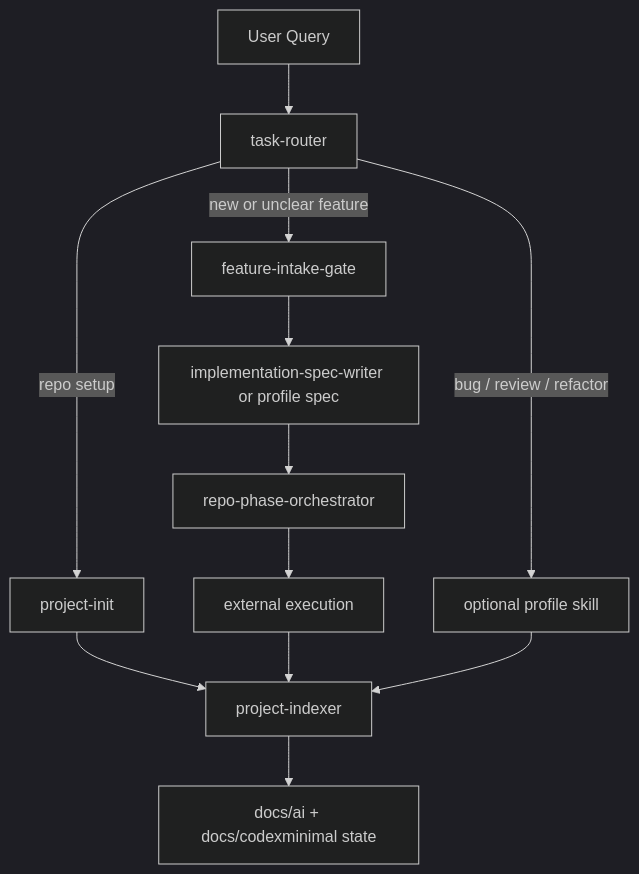
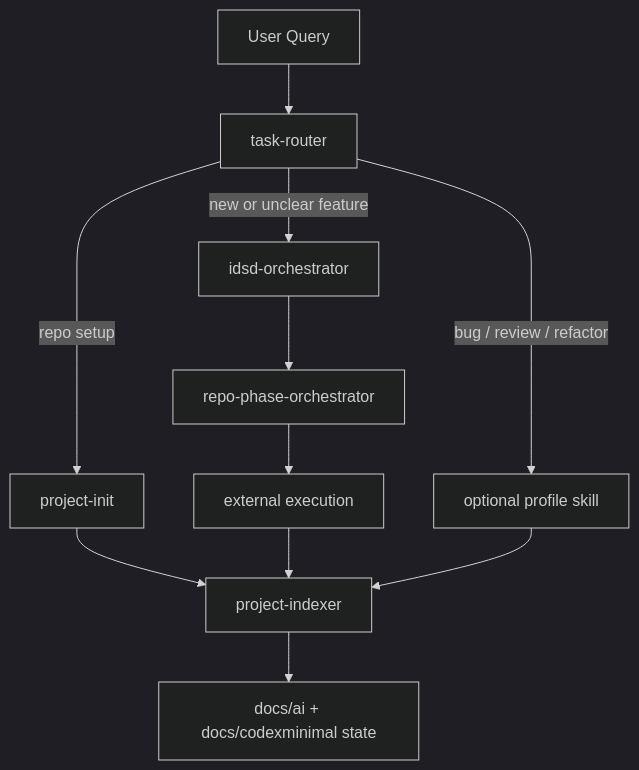
One commit to HoanDo95/CodexMinimal changed the first of 8 diagrams in README.md. Above: the diagram before and after it, drawn with Mermaid (dark theme). The commit also changed other lines of this file and 33 other files, not shown here.

````diff
--- a/README.md
+++ b/README.md
@@ -16,18 +16,17 @@
 ```mermaid
 flowchart TB
     U[User Query] --> R[task-router]
 
     R -->|repo setup| PI[project-init]
     PI --> IDX[project-indexer]
 
-    R -->|new or unclear feature| FIG[feature-intake-gate]
-    FIG --> SPEC[implementation-spec-writer or profile spec]
-    SPEC --> PLAN[repo-phase-orchestrator]
+    R -->|new or unclear feature| IDSD[idsd-orchestrator]
+    IDSD --> PLAN[repo-phase-orchestrator]
     PLAN --> EXEC[external execution]
     EXEC --> IDX
 
     R -->|bug / review / refactor| PROFILE[optional profile skill]
     PROFILE --> IDX
 
     IDX --> STATE[docs/ai + docs/codexminimal state]
 ```
````
